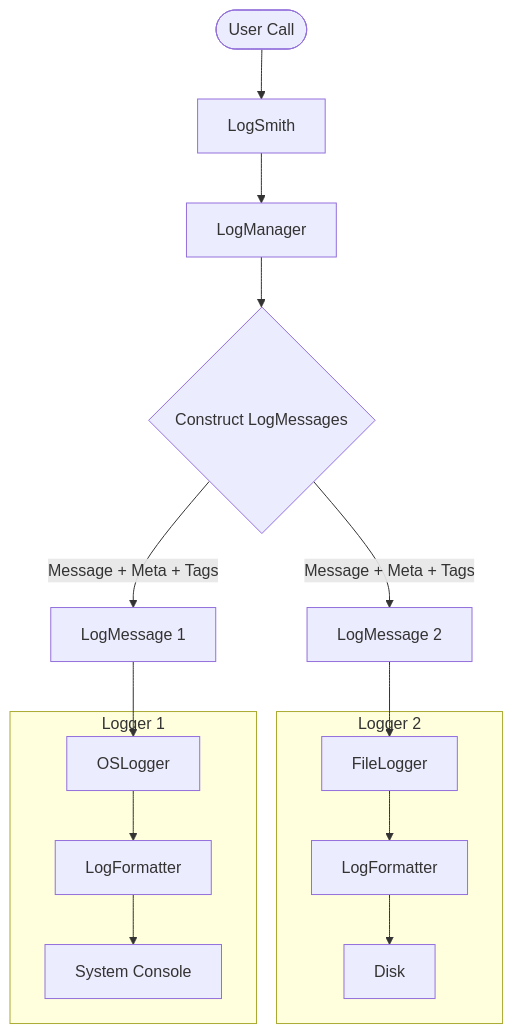
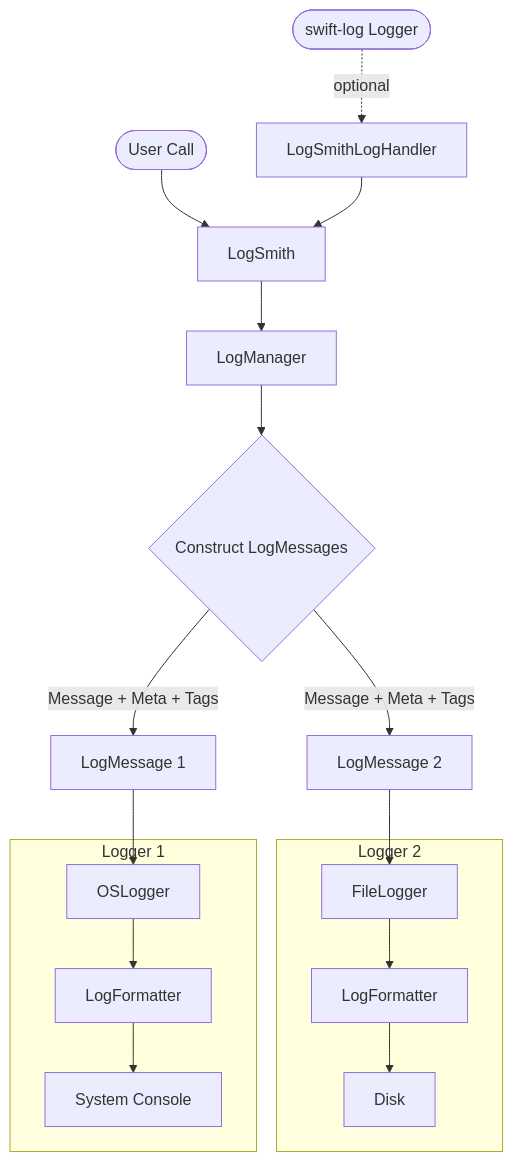
The diagram in README.md (eeshanjamal/swift-logsmith), drawn with Mermaid before and after one commit. The commit also changed other lines of this file and 16 other files, not shown here.

````diff
--- a/README.md
+++ b/README.md
@@ -128,24 +205,26 @@
 ```mermaid
 graph TD
     User([User Call]) --> LogSmith[LogSmith]
+    SwiftLog([swift-log Logger]) -.optional.-> Handler[LogSmithLogHandler]
+    Handler --> LogSmith
     LogSmith --> LogManager[LogManager]
 
     LogManager --> Construct{Construct LogMessages}
     
     Construct -->|Message + Meta + Tags| Message1[LogMessage 1]
     Construct -->|Message + Meta + Tags| Message2[LogMessage 2]
 
     Message1 --> Dest1[OSLogger]
     Message2 --> Dest2[FileLogger]
 
     subgraph "Logger 2"
         Dest2 --> Formatter2[LogFormatter]
         Formatter2 --> Output2[Disk]
     end
 
     subgraph "Logger 1"
         Dest1 --> Formatter1[LogFormatter]
         Formatter1 --> Output1[System Console]
     end
     
 ```
````
